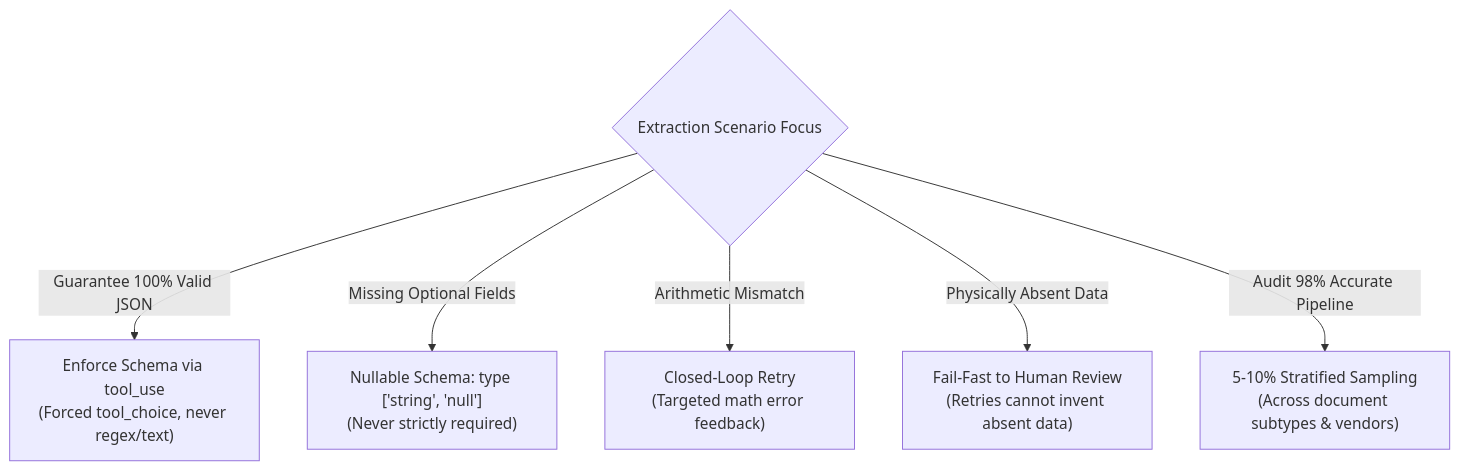
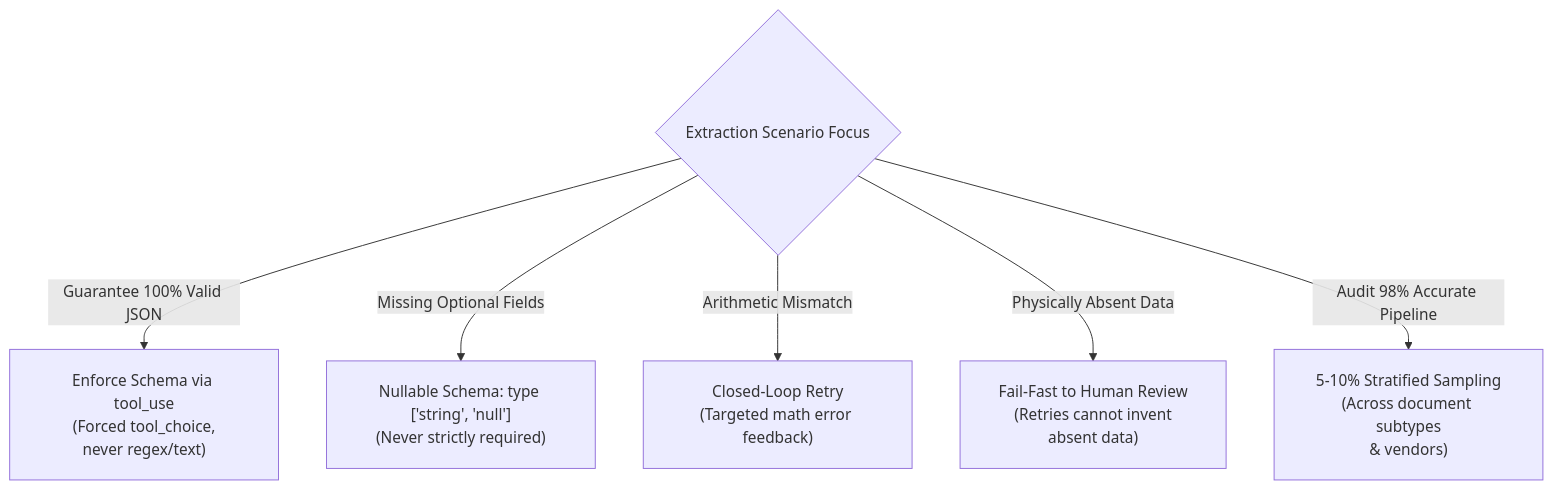
Before and after one commit to dip4k/claude_cert_architect_foundation_prep: the first of 3 diagrams in scenarios/scenario_6_structured_data_extraction/SCENARIO_GUIDE.md, drawn with Mermaid. The commit also changed other lines of this file and 31 other files, not shown here.

First line of the commit message:
docs(diagrams): fix text trimming, padding, and layout in all mermaid diagrams

````diff
--- a/scenarios/scenario_6_structured_data_extraction/SCENARIO_GUIDE.md
+++ b/scenarios/scenario_6_structured_data_extraction/SCENARIO_GUIDE.md
@@ -54,9 +54,10 @@
 ```mermaid
+%%{init: {"flowchart": {"htmlLabels": true, "padding": 20}}}%%
 flowchart TD
     Start{Extraction Scenario Focus}
-    Start -->|Guarantee 100% Valid JSON| D1["Enforce Schema via tool_use<br/>(Forced tool_choice, never regex/text)"]
+    Start -->|Guarantee 100% Valid JSON| D1["Enforce Schema via tool_use<br/>(Forced tool_choice,<br/>never regex/text)"]
     Start -->|Missing Optional Fields| D2["Nullable Schema: type ['string', 'null']<br/>(Never strictly required)"]
     Start -->|Arithmetic Mismatch| D3["Closed-Loop Retry<br/>(Targeted math error feedback)"]
-    Start -->|Physically Absent Data| D4["Fail-Fast to Human Review<br/>(Retries cannot invent absent data)"]
-    Start -->|Audit 98% Accurate Pipeline| D5["5-10% Stratified Sampling<br/>(Across document subtypes & vendors)"]
+    Start -->|Physically Absent Data| D4["Fail-Fast to Human Review<br/>(Retries cannot invent<br/>absent data)"]
+    Start -->|Audit 98% Accurate Pipeline| D5["5-10% Stratified Sampling<br/>(Across document subtypes<br/>& vendors)"]
 ```
````
